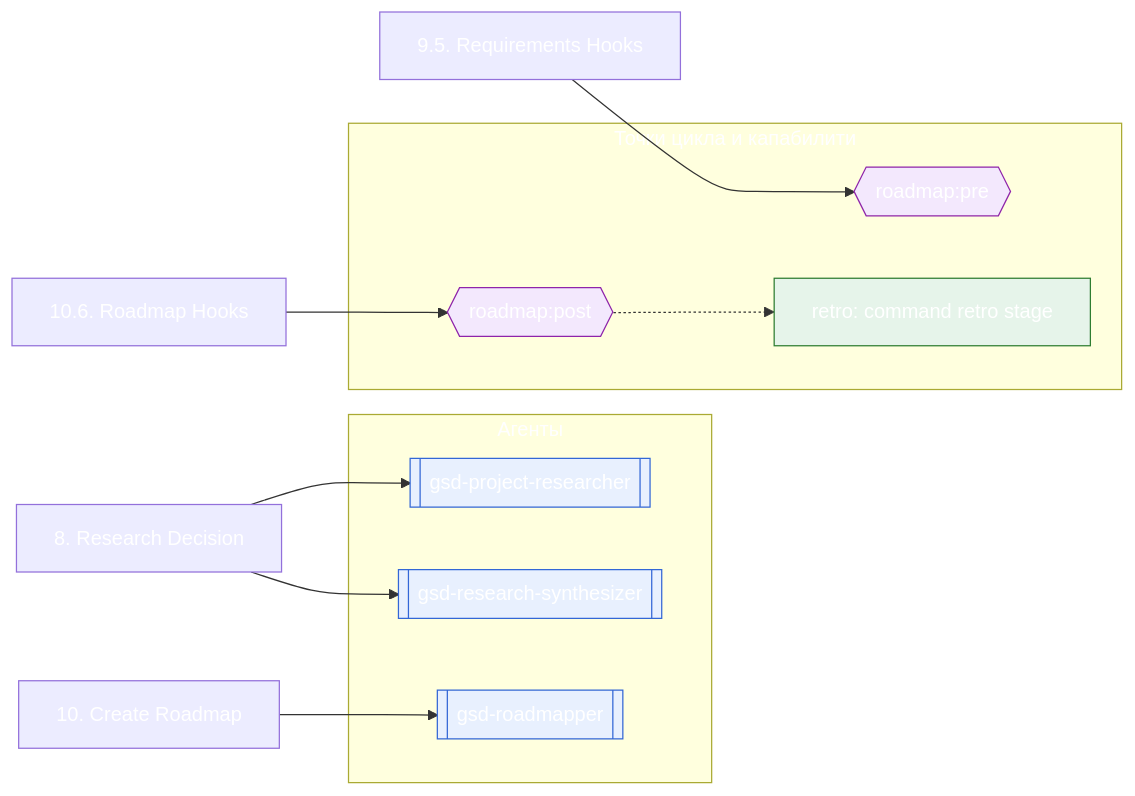
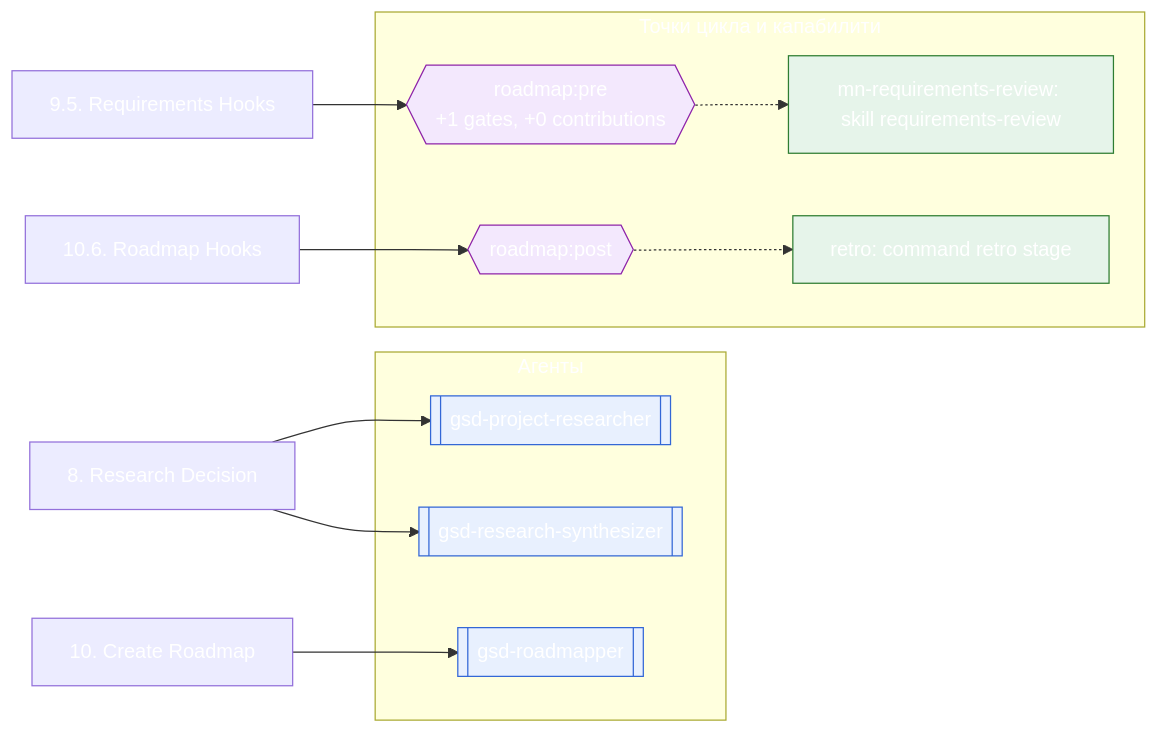
The second of 2 diagrams in docs/reference/workflow-maps/new-milestone.md (Govorin/gsd-core), drawn with Mermaid before and after one commit. The commit also changed 65 other files, not shown here.

````diff
--- a/docs/reference/workflow-maps/new-milestone.md
+++ b/docs/reference/workflow-maps/new-milestone.md
@@ -94,33 +94,35 @@
 ```mermaid
 flowchart LR
   subgraph g_agents["Агенты"]
     a_gsd_project_researcher[["gsd-project-researcher"]]:::agent
     a_gsd_research_synthesizer[["gsd-research-synthesizer"]]:::agent
     a_gsd_roadmapper[["gsd-roadmapper"]]:::agent
   end
   subgraph g_points["Точки цикла и капабилити"]
-    p_roadmap_pre{{"roadmap#58;pre"}}:::point
+    p_roadmap_pre{{"roadmap#58;pre<br/>+1 gates, +0 contributions"}}:::point
+    c_roadmap_pre_mn_requirements_review_skill_requirements_review["mn-requirements-review#58; skill requirements-review"]:::capability
     p_roadmap_post{{"roadmap#58;post"}}:::point
     c_roadmap_post_retro_command_retro_stage["retro#58; command retro stage"]:::capability
   end
   u_heading_8__Research_Decision["8. Research Decision"]
   u_heading_9_5__Requirements_Hooks["9.5. Requirements Hooks"]
   u_heading_10__Create_Roadmap["10. Create Roadmap"]
   u_heading_10_6__Roadmap_Hooks["10.6. Roadmap Hooks"]
   u_heading_8__Research_Decision --> a_gsd_project_researcher
   u_heading_8__Research_Decision --> a_gsd_research_synthesizer
   u_heading_10__Create_Roadmap --> a_gsd_roadmapper
+  p_roadmap_pre -.-> c_roadmap_pre_mn_requirements_review_skill_requirements_review
   u_heading_9_5__Requirements_Hooks --> p_roadmap_pre
   p_roadmap_post -.-> c_roadmap_post_retro_command_retro_stage
   u_heading_10_6__Roadmap_Hooks --> p_roadmap_post
   classDef missing fill:#fdecea,stroke:#d33,stroke-dasharray:4 3
   classDef unparsed fill:#f5f5f5,stroke:#999999,stroke-dasharray:4 3,color:#555
   classDef conditional fill:#fff8e1,stroke:#b28704
   classDef root fill:#263238,color:#ffffff,stroke:#263238
   classDef agent fill:#e8f0fe,stroke:#3367d6
   classDef builtin fill:#eeeeee,stroke:#777777
   classDef capability fill:#e6f4ea,stroke:#2e7d32
   classDef dynamic fill:#f2f2f2,stroke:#888,stroke-dasharray:2 2
   classDef point fill:#f3e8fd,stroke:#8e24aa
   classDef workflow fill:#ffffff,stroke:#555555
 ```
````
